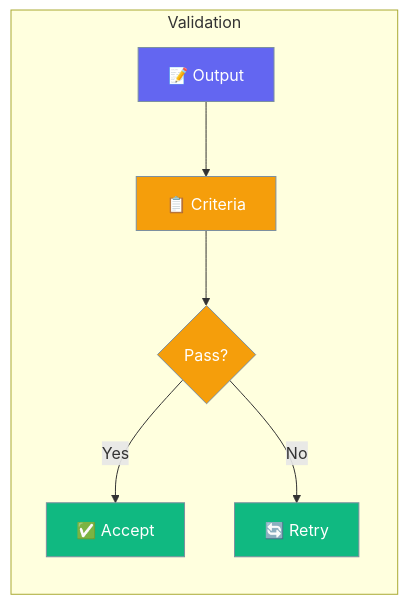
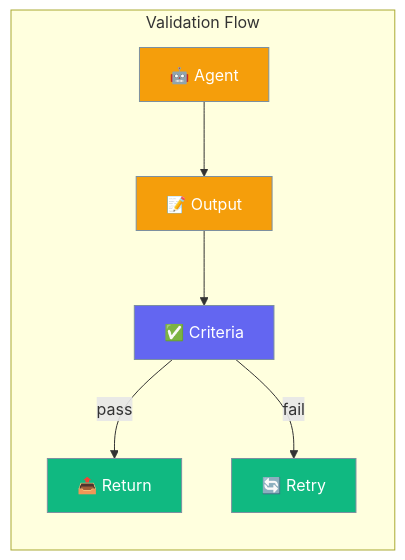
Before and after one commit to MervinPraison/PraisonAIDocs: the first of 2 diagrams in docs/js/criteria.mdx, drawn with Mermaid. The commit also changed other lines of this file and 30 other files, not shown here.

````diff
--- a/docs/js/criteria.mdx
+++ b/docs/js/criteria.mdx
@@ -10,17 +10,17 @@
 ```mermaid
 graph LR
-    subgraph "Validation"
-        A[📝 Output] --> B[📋 Criteria]
-        B --> C{Pass?}
-        C -->|Yes| D[✅ Accept]
-        C -->|No| E[🔄 Retry]
+    subgraph "Validation Flow"
+        A[🤖 Agent] --> B[📝 Output]
+        B --> C[✅ Criteria]
+        C -->|pass| D[📤 Return]
+        C -->|fail| E[🔄 Retry]
     end
     
-    classDef output fill:#6366F1,stroke:#7C90A0,color:#fff
-    classDef criteria fill:#F59E0B,stroke:#7C90A0,color:#fff
+    classDef agent fill:#F59E0B,stroke:#7C90A0,color:#fff
+    classDef check fill:#6366F1,stroke:#7C90A0,color:#fff
     classDef result fill:#10B981,stroke:#7C90A0,color:#fff
     
-    class A output
-    class B,C criteria
+    class A,B agent
+    class C check
     class D,E result
 ```
````
